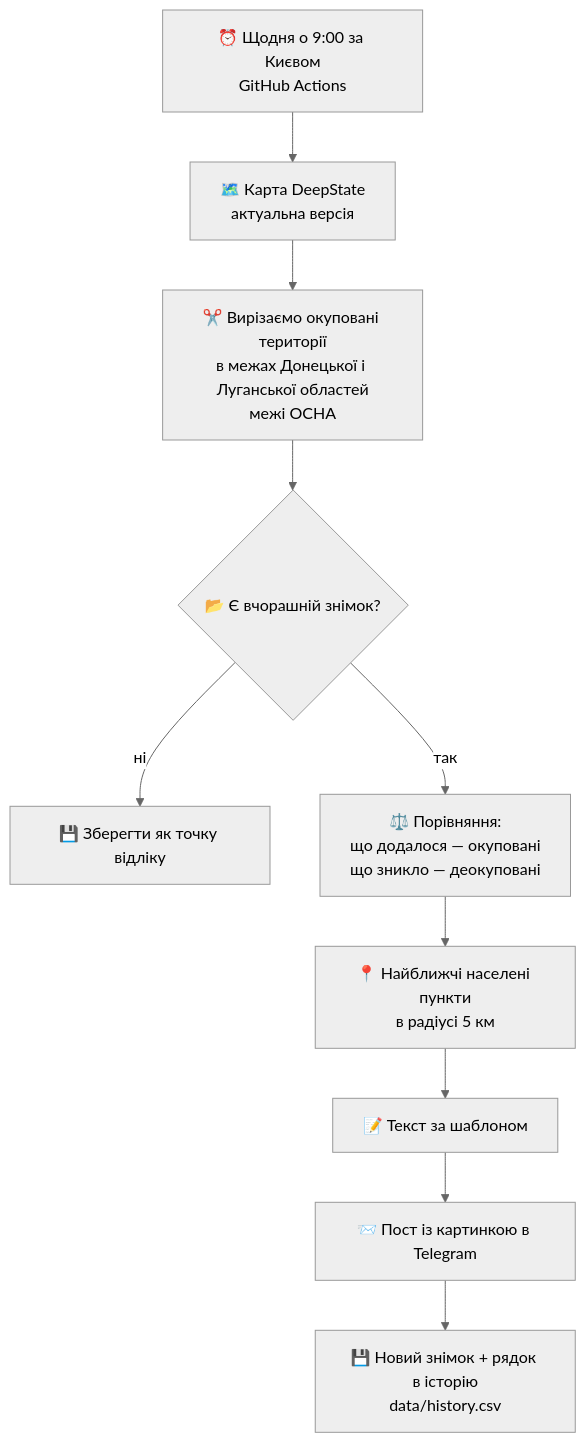
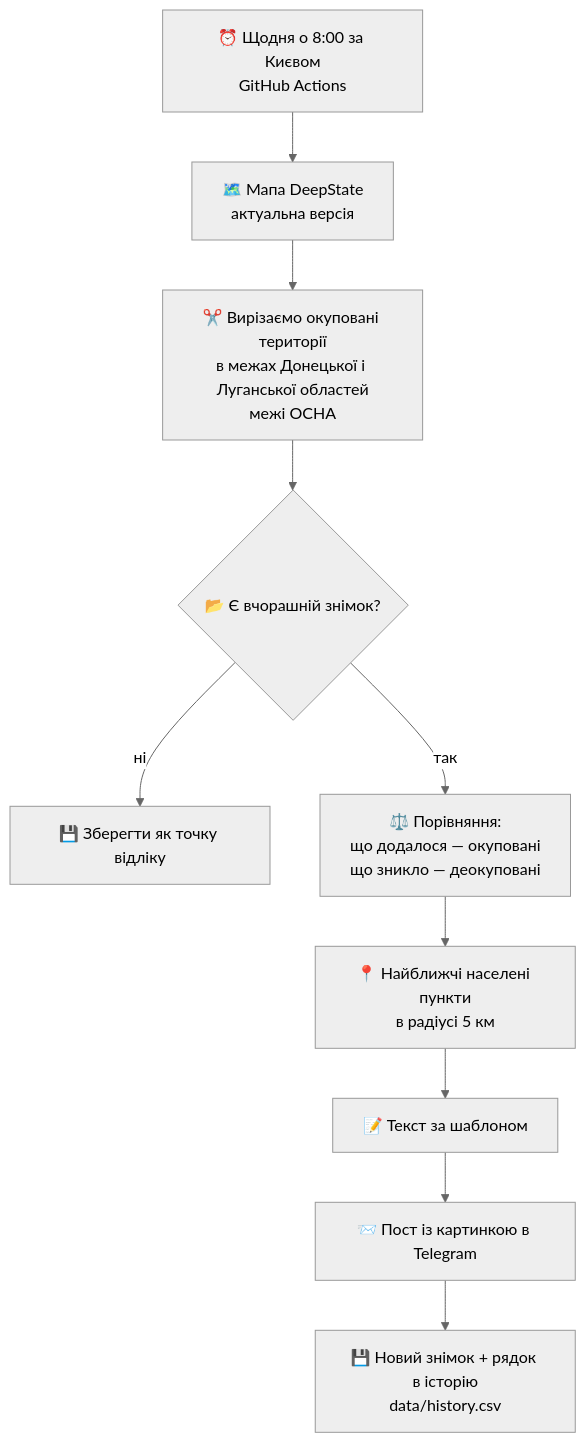
The diagram in README.md (Anti-Crisis-Media-Center/deepstate-tracker), drawn with Mermaid (neutral theme) before and after one commit. The commit also changed other lines of this file and 1 other file, not shown here.

````diff
--- a/README.md
+++ b/README.md
@@ -11,12 +11,12 @@
 ```mermaid
 flowchart TD
-    A[⏰ Щодня о 9:00 за Києвом<br/>GitHub Actions] --> B[🗺️ Карта DeepState<br/>актуальна версія]
+    A[⏰ Щодня о 8:00 за Києвом<br/>GitHub Actions] --> B[🗺️ Мапа DeepState<br/>актуальна версія]
     B --> C[✂️ Вирізаємо окуповані території<br/>в межах Донецької і Луганської областей<br/>межі OCHA]
     C --> D{📂 Є вчорашній знімок?}
     D -- ні --> E[💾 Зберегти як точку відліку]
     D -- так --> F[⚖️ Порівняння:<br/>що додалося — окуповані<br/>що зникло — деокуповані]
     F --> G[📍 Найближчі населені пункти<br/>в радіусі 5 км]
     G --> H[📝 Текст за шаблоном]
     H --> I[📨 Пост із картинкою в Telegram]
     I --> J[💾 Новий знімок + рядок в історію<br/>data/history.csv]
 ```
````
